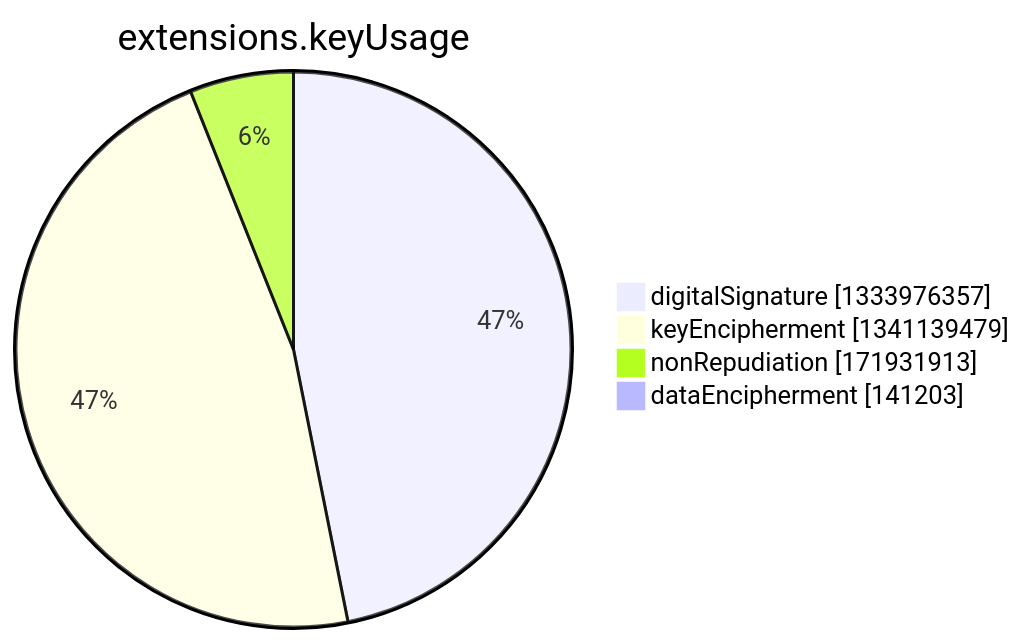
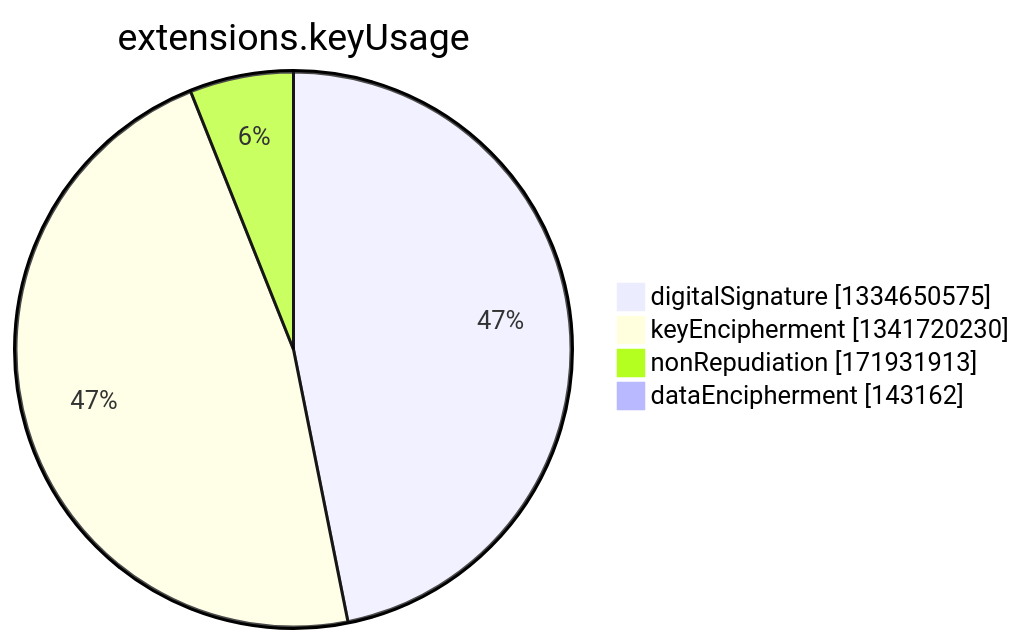
Before and after one commit to christiankrug/ctmonitor_visualization: the seventh of 15 diagrams in argon2022/README.md, drawn with Mermaid. The commit also changed other lines of this file, not shown here.

````diff
--- a/argon2022/README.md
+++ b/argon2022/README.md
@@ -2750,8 +2750,8 @@
 ```mermaid
 pie showData
 title extensions.keyUsage
-"digitalSignature" :1333976357
-"keyEncipherment" :1341139479
+"digitalSignature" :1334650575
+"keyEncipherment" :1341720230
 "nonRepudiation" :171931913
-"dataEncipherment" :141203
+"dataEncipherment" :143162
 ```
````
